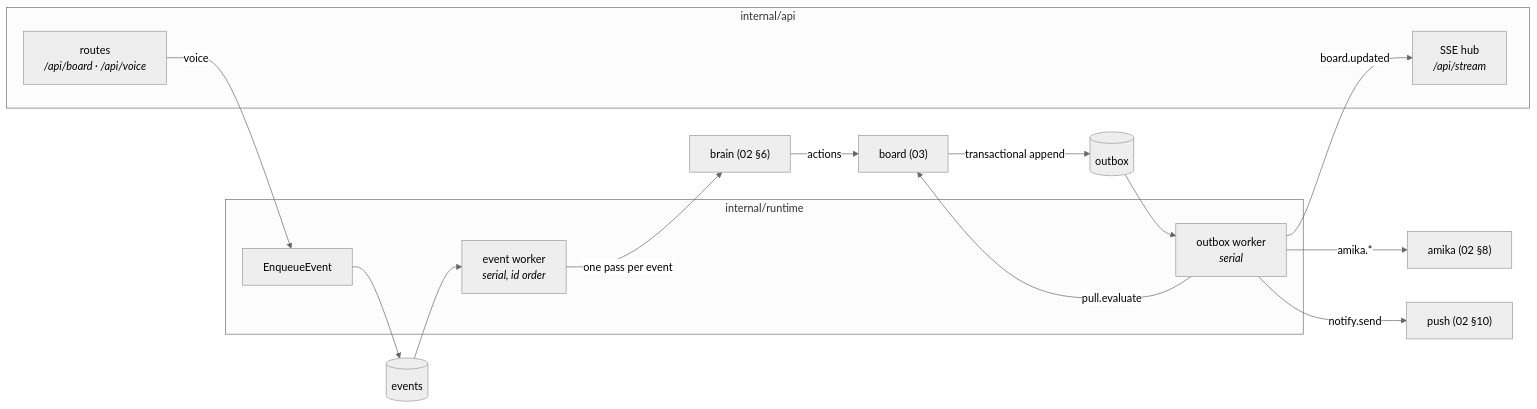
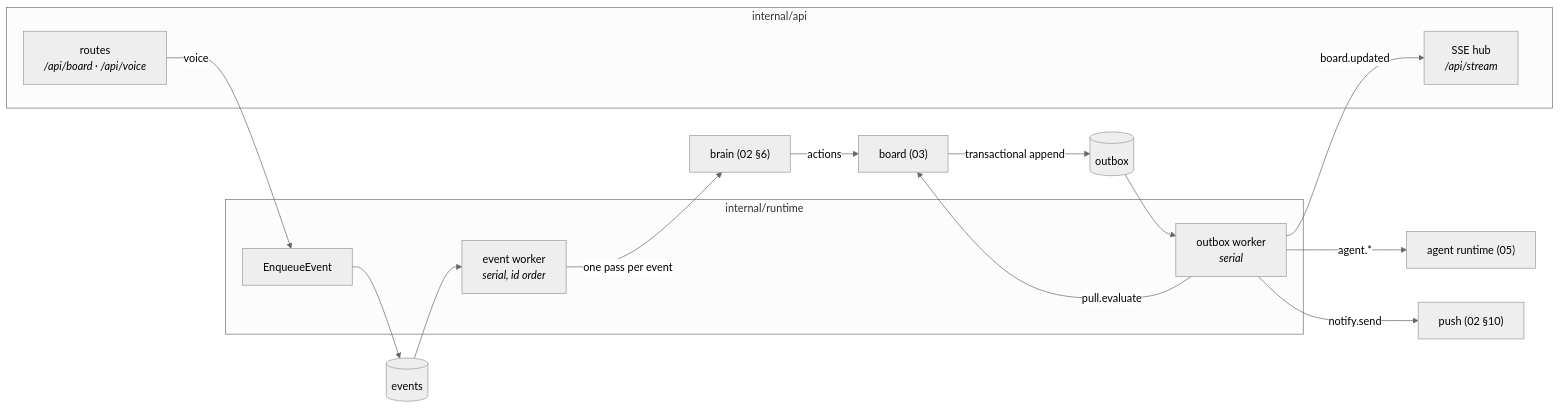
The diagram in docs/specs/04-runtime-and-api.md (crabtree-michael/kiln), drawn with Mermaid (neutral theme) before and after one commit. The commit also changed other lines of this file and 20 other files, not shown here.

First line of the commit message:
Reframe 05 as provider-neutral agent runtime; rename Sandbox→Worker, agent.* topics

````diff
--- a/docs/specs/04-runtime-and-api.md
+++ b/docs/specs/04-runtime-and-api.md
@@ -199,25 +203,25 @@
 ```mermaid
 flowchart LR
     subgraph api["internal/api"]
         routes["routes<br/><i>/api/board · /api/voice</i>"]
         hub["SSE hub<br/><i>/api/stream</i>"]
     end
     subgraph runtime["internal/runtime"]
         evw["event worker<br/><i>serial, id order</i>"]
         obw["outbox worker<br/><i>serial</i>"]
         enq["EnqueueEvent"]
     end
     evq[("events")]
     obq[("outbox")]
 
     routes -->|voice| enq
     enq --> evq
     evq --> evw -->|one pass per event| brain["brain (02 §6)"]
     brain -->|actions| board["board (03)"]
     board -->|transactional append| obq
     obq --> obw
-    obw -->|amika.*| amika["amika (02 §8)"]
+    obw -->|agent.*| agent["agent runtime (05)"]
     obw -->|pull.evaluate| board
     obw -->|notify.send| push["push (02 §10)"]
     obw -->|board.updated| hub
 ```
````
